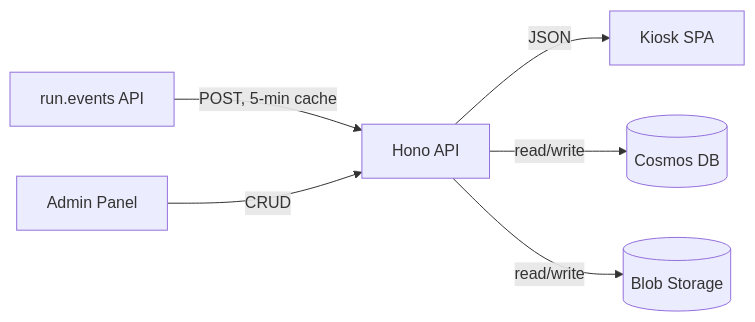
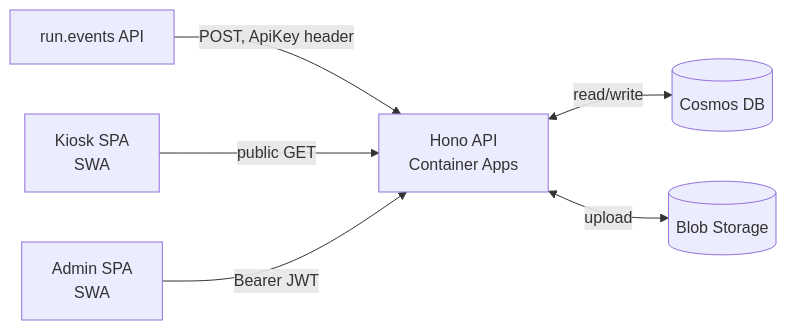
The first of 4 diagrams in docs/architecture.md (expertslive/ziggy), drawn with Mermaid before and after one commit. The commit also changed other lines of this file and 10 other files, not shown here.

First line of the commit message:
docs: comprehensive refresh — architecture, security, data model, state management, lessons

````diff
--- a/docs/architecture.md
+++ b/docs/architecture.md
@@ -45,8 +24,15 @@
 ```mermaid
-graph LR
-    RE[run.events API] -->|POST, 5-min cache| API[Hono API]
-    API -->|JSON| K[Kiosk SPA]
-    A[Admin Panel] -->|CRUD| API
-    API -->|read/write| DB[(Cosmos DB)]
-    API -->|read/write| BS[(Blob Storage)]
+flowchart LR
+    RE[run.events API]
+    API[Hono API<br/>Container Apps]
+    DB[(Cosmos DB)]
+    BS[(Blob Storage)]
+    K[Kiosk SPA<br/>SWA]
+    A[Admin SPA<br/>SWA]
+
+    RE -- POST, ApiKey header --> API
+    API <-- read/write --> DB
+    API <-- upload --> BS
+    K -- public GET --> API
+    A -- Bearer JWT --> API
 ```
````
